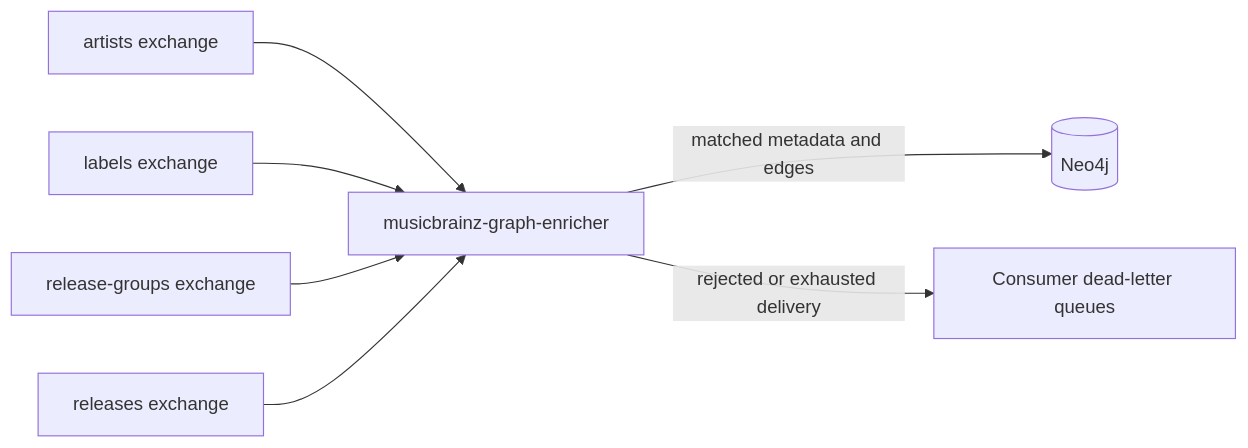
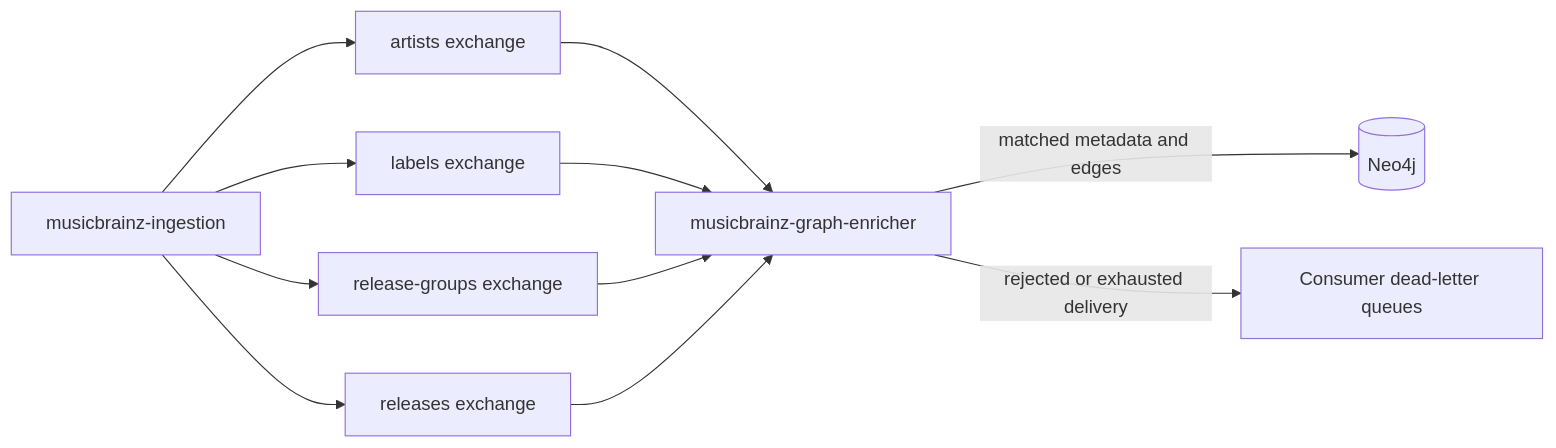
Before and after one commit to groovemap-music/musicbrainz-graph-enricher: the diagram in docs/musicbrainz-sync.md, drawn with Mermaid. The commit also changed other lines of this file and 7 other files, not shown here.

Commit message:
docs: reconcile MusicBrainz graph guidance

````diff
--- a/docs/musicbrainz-sync.md
+++ b/docs/musicbrainz-sync.md
@@ -19,17 +23,18 @@
 ```mermaid
 flowchart LR
+    Producer[musicbrainz-ingestion]
     Artist[artists exchange]
     Label[labels exchange]
     Group[release-groups exchange]
     Release[releases exchange]
     Enricher[musicbrainz-graph-enricher]
     Neo4j[(Neo4j)]
     DeadLetter[Consumer dead-letter queues]
 
-    Artist --> Enricher
-    Label --> Enricher
-    Group --> Enricher
-    Release --> Enricher
+    Producer --> Artist --> Enricher
+    Producer --> Label --> Enricher
+    Producer --> Group --> Enricher
+    Producer --> Release --> Enricher
     Enricher -->|matched metadata and edges| Neo4j
     Enricher -->|rejected or exhausted delivery| DeadLetter
 ```
````
